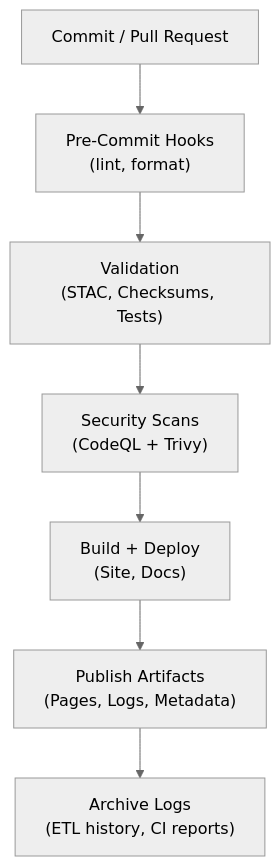
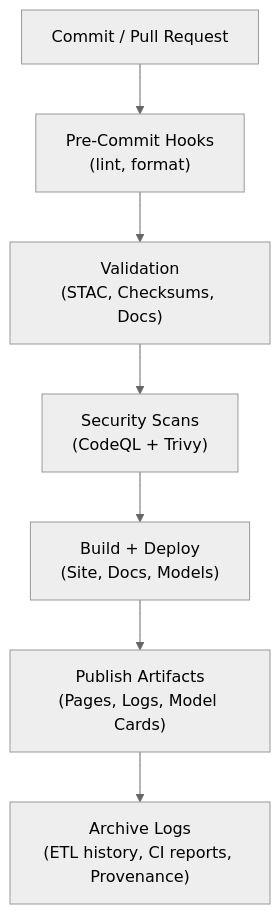
Before and after one commit to bartytime4life/Kansas-Frontier-Matrix: the first of 2 diagrams in .github/README.md, drawn with Mermaid (neutral theme). The commit also changed other lines of this file, not shown here.

````diff
--- a/.github/README.md
+++ b/.github/README.md
@@ -57,10 +64,10 @@
 ```mermaid
 flowchart TD
   A["Commit / Pull Request"] --> B["Pre-Commit Hooks<br/>(lint, format)"]
-  B --> C["Validation<br/>(STAC, Checksums, Tests)"]
+  B --> C["Validation<br/>(STAC, Checksums, Docs)"]
   C --> D["Security Scans<br/>(CodeQL + Trivy)"]
-  D --> E["Build + Deploy<br/>(Site, Docs)"]
-  E --> F["Publish Artifacts<br/>(Pages, Logs, Metadata)"]
-  F --> G["Archive Logs<br/>(ETL history, CI reports)"]
+  D --> E["Build + Deploy<br/>(Site, Docs, Models)"]
+  E --> F["Publish Artifacts<br/>(Pages, Logs, Model Cards)"]
+  F --> G["Archive Logs<br/>(ETL history, CI reports, Provenance)"]
 %% END OF MERMAID
 ```
````
